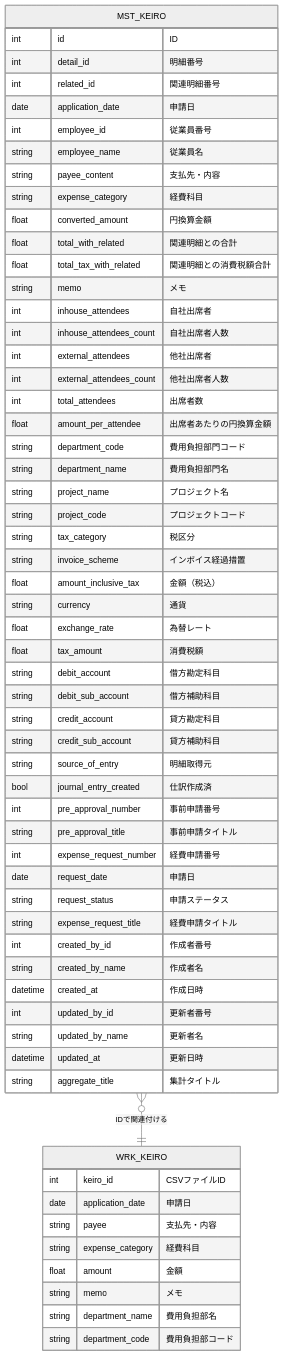
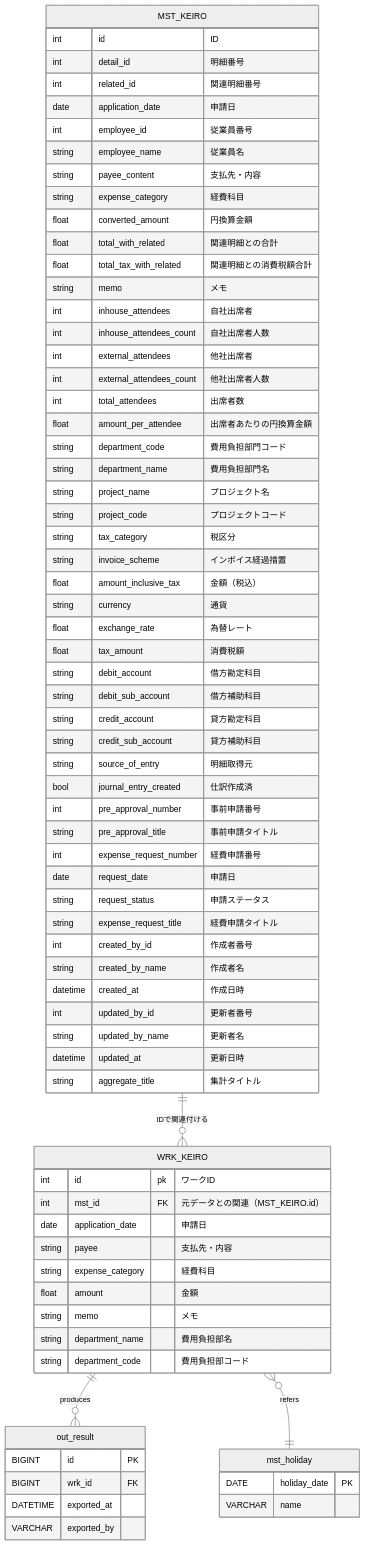
Before and after one commit to brain-yuhei/CsvCreateTool: the seventh of 7 diagrams in AttrMF/document/CreateKeiro.md, drawn with Mermaid (neutral theme). The commit also changed other lines of this file and 3 other files, not shown here.

````diff
--- a/AttrMF/document/CreateKeiro.md
+++ b/AttrMF/document/CreateKeiro.md
@@ -361,67 +360,82 @@
 ```mermaid
 erDiagram
 
-    MST_KEIRO }o--|| WRK_KEIRO : "IDで関連付ける"
+    MST_KEIRO ||--o{ WRK_KEIRO : "IDで関連付ける"
+    WRK_KEIRO ||--o{ out_result : produces
+    WRK_KEIRO }o--|| mst_holiday : refers 
 
     MST_KEIRO {
         int id "ID"
         int detail_id "明細番号"
         int related_id "関連明細番号"
         date application_date "申請日"
         int employee_id "従業員番号"
         string employee_name "従業員名"
         string payee_content "支払先・内容"
         string expense_category "経費科目"
         float converted_amount "円換算金額"
         float total_with_related "関連明細との合計"
         float total_tax_with_related "関連明細との消費税額合計"
         string memo "メモ"
         int inhouse_attendees "自社出席者"
         int inhouse_attendees_count "自社出席者人数"
         int external_attendees "他社出席者"
         int external_attendees_count "他社出席者人数"
         int total_attendees "出席者数"
         float amount_per_attendee "出席者あたりの円換算金額"
         string department_code "費用負担部門コード"
         string department_name "費用負担部門名"
         string project_name "プロジェクト名"
         string project_code "プロジェクトコード"
         string tax_category "税区分"
         string invoice_scheme "インボイス経過措置"
         float amount_inclusive_tax "金額（税込）"
         string currency "通貨"
         float exchange_rate "為替レート"
         float tax_amount "消費税額"
         string debit_account "借方勘定科目"
         string debit_sub_account "借方補助科目"
         string credit_account "貸方勘定科目"
         string credit_sub_account "貸方補助科目"
         string source_of_entry "明細取得元"
         bool journal_entry_created "仕訳作成済"
         int pre_approval_number "事前申請番号"
         string pre_approval_title "事前申請タイトル"
         int expense_request_number "経費申請番号"
         date request_date "申請日"
         string request_status "申請ステータス"
         string expense_request_title "経費申請タイトル"
         int created_by_id "作成者番号"
         string created_by_name "作成者名"
         datetime created_at "作成日時"
         int updated_by_id "更新者番号"
         string updated_by_name "更新者名"
         datetime updated_at "更新日時"
         string aggregate_title "集計タイトル"
     }
 
+    mst_holiday {
+        DATE holiday_date PK
+        VARCHAR name
+    }
+
+    out_result {
+        BIGINT id PK
+        BIGINT wrk_id FK
+        DATETIME exported_at
+        VARCHAR exported_by
+    }
+
     WRK_KEIRO {
-        int keiro_id "CSVファイルID"
+        int id pk "ワークID"
+        int mst_id FK "元データとの関連（MST_KEIRO.id）"
         date application_date "申請日"
         string payee "支払先・内容"
         string expense_category "経費科目"
         float amount "金額"
         string memo "メモ"
         string department_name "費用負担部名"
         string department_code "費用負担部コード"
     }
 
 ```
````
